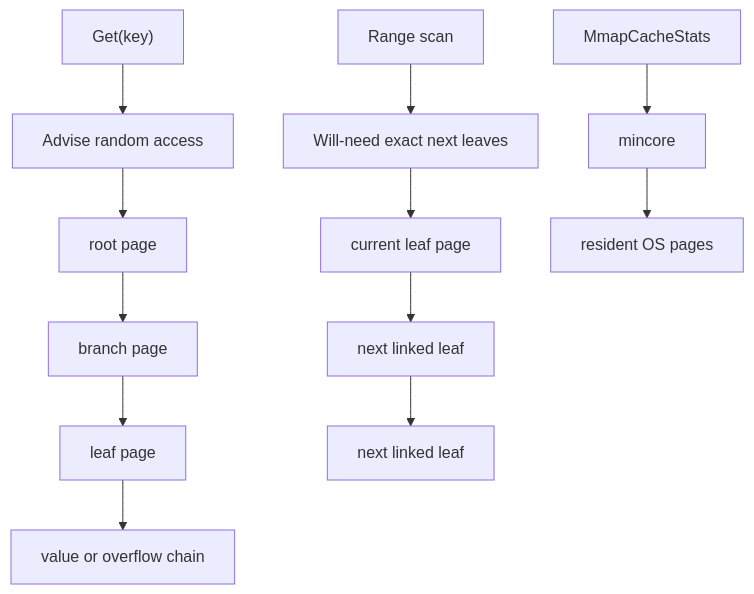
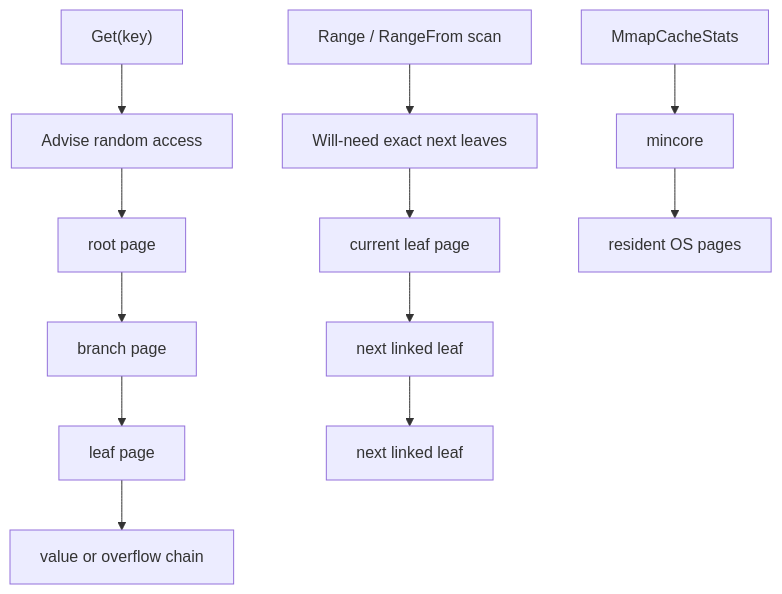
The third of 4 diagrams in docs/08-mmap-backed-pages.md (hadamrd/cow-btree-course), drawn with Mermaid before and after one commit. The commit also changed other lines of this file and 11 other files, not shown here.

````diff
--- a/docs/08-mmap-backed-pages.md
+++ b/docs/08-mmap-backed-pages.md
@@ -101,16 +102,16 @@
 ```mermaid
 flowchart TD
     G["Get(key)"] --> A["Advise random access"]
     A --> R["root page"]
     R --> B["branch page"]
     B --> L["leaf page"]
     L --> V["value or overflow chain"]
 
-    S["Range scan"] --> Q["Will-need exact next leaves"]
+    S["Range / RangeFrom scan"] --> Q["Will-need exact next leaves"]
     Q --> P1["current leaf page"]
     P1 --> P2["next linked leaf"]
     P2 --> P3["next linked leaf"]
 
     C["MmapCacheStats"] --> M["mincore"]
     M --> K["resident OS pages"]
 ```
````
